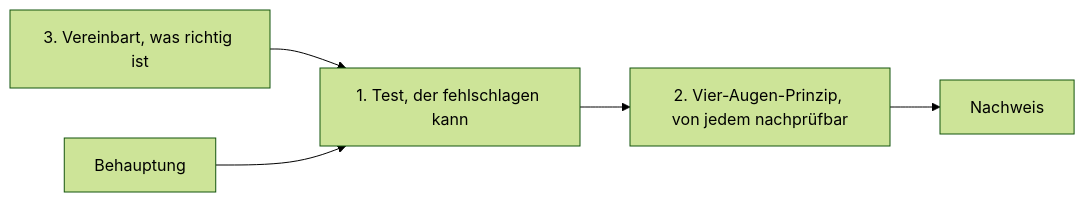
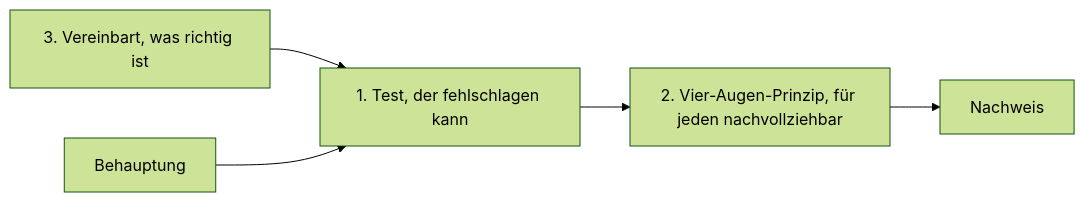
One commit to pulseengine/pulseengine.eu changed the second of 2 diagrams in content/blog/2026-11-20-code-got-cheap-trust-didnt.md. Above: the diagram before and after it, drawn with Mermaid (forest theme). The commit also changed other lines of this file, not shown here.

First line of the commit message:
docs(blog): condition 2 in the owner's words: "Vier-Augen-Prinzip, und für jeden nachvollziehbar."

```diff
--- a/content/blog/2026-11-20-code-got-cheap-trust-didnt.md
+++ b/content/blog/2026-11-20-code-got-cheap-trust-didnt.md
@@ -87,7 +87,7 @@
 <pre class="mermaid">
 flowchart LR
     D["3. Vereinbart, was richtig ist"] --> B
     A["Behauptung"] --> B["1. Test, der fehlschlagen kann"]
-    B --> C["2. Vier-Augen-Prinzip, von jedem nachprüfbar"]
+    B --> C["2. Vier-Augen-Prinzip, für jeden nachvollziehbar"]
     C --> E["Nachweis"]
 </pre>
```
